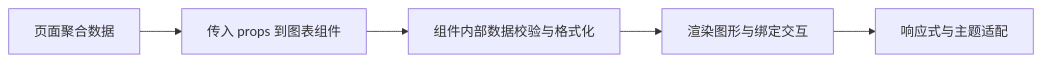
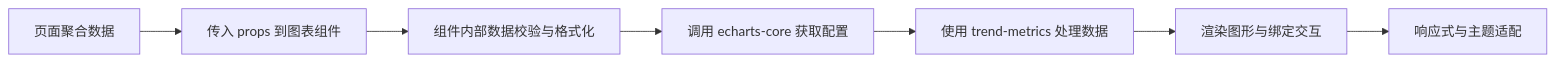
The eighth of 9 diagrams in .qoder/repowiki/zh/content/架构设计/组件架构/业务组件/图表组件/图表组件.md (Damao997/newproject), drawn with Mermaid before and after one commit. The commit also changed other lines of this file and 55 other files, not shown here.

````diff
--- a/.qoder/repowiki/zh/content/架构设计/组件架构/业务组件/图表组件/图表组件.md
+++ b/.qoder/repowiki/zh/content/架构设计/组件架构/业务组件/图表组件/图表组件.md
@@ -247,7 +356,9 @@
 ```mermaid
 flowchart LR
 A["页面聚合数据"] --> B["传入 props 到图表组件"]
 B --> C["组件内部数据校验与格式化"]
-C --> D["渲染图形与绑定交互"]
-D --> E["响应式与主题适配"]
+C --> D["调用 echarts-core 获取配置"]
+D --> E["使用 trend-metrics 处理数据"]
+E --> F["渲染图形与绑定交互"]
+F --> G["响应式与主题适配"]
 ```
````
